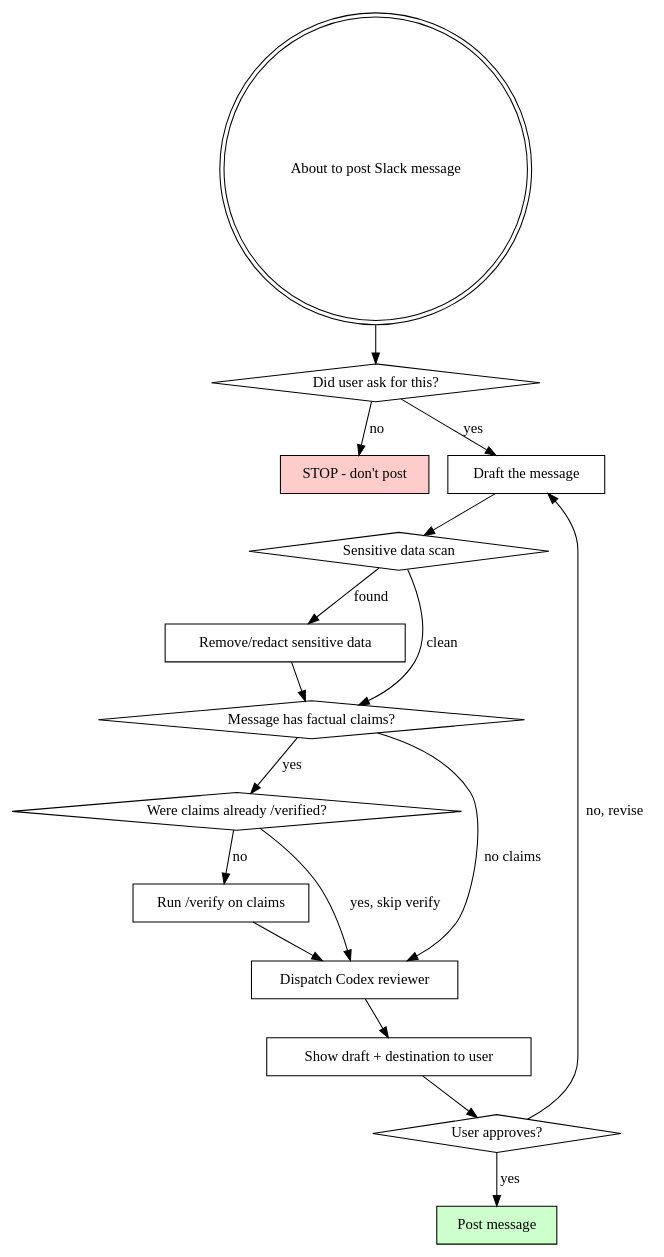
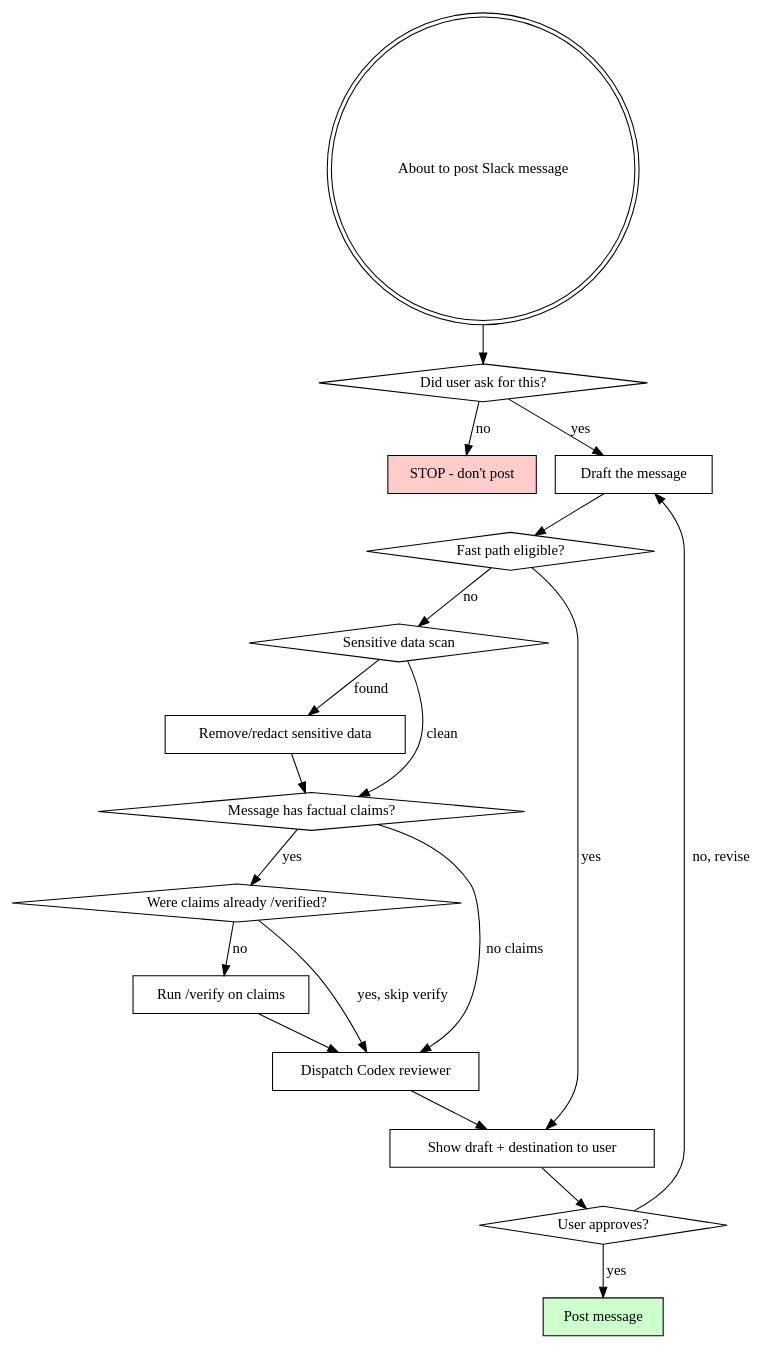
The diagram in skills/post-slack-msg/SKILL.md (architg25/.claude), drawn with Graphviz before and after one commit. The commit also changed other lines of this file and 8 other files, not shown here.

````diff
--- a/skills/post-slack-msg/SKILL.md
+++ b/skills/post-slack-msg/SKILL.md
@@ -18,34 +18,37 @@
 ```dot
 digraph slack_gate {
     "About to post Slack message" [shape=doublecircle];
     "Did user ask for this?" [shape=diamond];
     "STOP - don't post" [shape=box, style=filled, fillcolor="#ffcccc"];
     "Draft the message" [shape=box];
+    "Fast path eligible?" [shape=diamond];
     "Sensitive data scan" [shape=diamond];
     "Remove/redact sensitive data" [shape=box];
     "Message has factual claims?" [shape=diamond];
     "Were claims already /verified?" [shape=diamond];
     "Run /verify on claims" [shape=box];
     "Dispatch Codex reviewer" [shape=box];
     "Show draft + destination to user" [shape=box];
     "User approves?" [shape=diamond];
     "Post message" [shape=box, style=filled, fillcolor="#ccffcc"];
 
     "About to post Slack message" -> "Did user ask for this?";
     "Did user ask for this?" -> "STOP - don't post" [label="no"];
     "Did user ask for this?" -> "Draft the message" [label="yes"];
-    "Draft the message" -> "Sensitive data scan";
+    "Draft the message" -> "Fast path eligible?";
+    "Fast path eligible?" -> "Show draft + destination to user" [label="yes"];
+    "Fast path eligible?" -> "Sensitive data scan" [label="no"];
     "Sensitive data scan" -> "Remove/redact sensitive data" [label="found"];
     "Remove/redact sensitive data" -> "Message has factual claims?";
     "Sensitive data scan" -> "Message has factual claims?" [label="clean"];
     "Message has factual claims?" -> "Were claims already /verified?" [label="yes"];
     "Message has factual claims?" -> "Dispatch Codex reviewer" [label="no claims"];
     "Were claims already /verified?" -> "Dispatch Codex reviewer" [label="yes, skip verify"];
     "Were claims already /verified?" -> "Run /verify on claims" [label="no"];
     "Run /verify on claims" -> "Dispatch Codex reviewer";
     "Dispatch Codex reviewer" -> "Show draft + destination to user";
     "Show draft + destination to user" -> "User approves?";
     "User approves?" -> "Post message" [label="yes"];
     "User approves?" -> "Draft the message" [label="no, revise"];
 }
 ```
````
